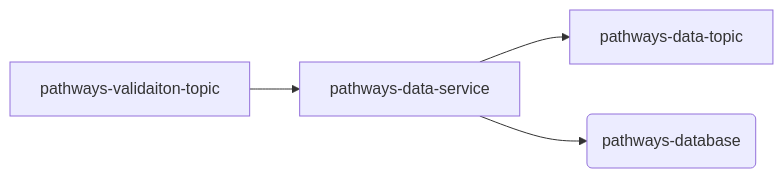
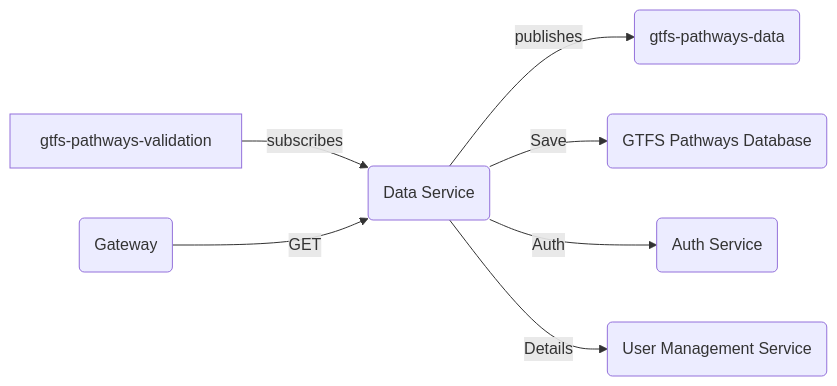
Before and after one commit to TaskarCenterAtUW/TDEI-template-datasvc-ts: the diagram in README.md, drawn with Mermaid. The commit also changed other lines of this file and 1 other file, not shown here.

````diff
--- a/README.md
+++ b/README.md
@@ -58,7 +71,8 @@
 ```mermaid
-flowchart LR
-    A[pathways-validaiton-topic]-->B[pathways-data-service]
-    B-->C[pathways-data-topic]
-    B-->D(pathways-database)
-
+graph LR;
+    A[gtfs-pathways-validation] -->|subscribes| B(Data Service) -->|publishes| C(gtfs-pathways-data)
+    B -->|Save| D(GTFS Pathways Database)
+    B -->|Auth| E(Auth Service)
+    B -->|Details| F(User Management Service)
+    G(Gateway) -->|GET| B(Data Service)
 ```
````
